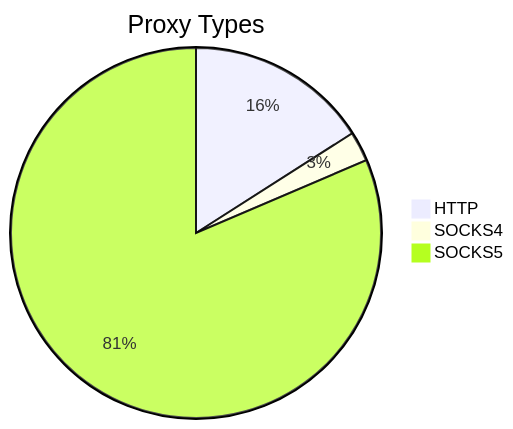
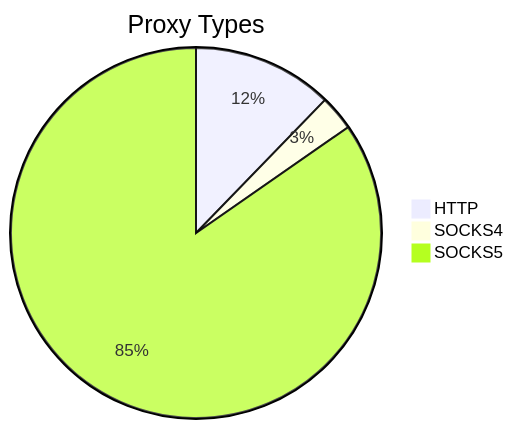
The first of 2 diagrams in README.md (stormsia/proxy-list), drawn with Mermaid before and after one commit. The commit also changed other lines of this file, not shown here.

````diff
--- a/README.md
+++ b/README.md
@@ -21,6 +21,6 @@
 ```mermaid
 pie title Proxy Types
-    "HTTP" : 98
-    "SOCKS4" : 16
-    "SOCKS5" : 500
+    "HTTP" : 267
+    "SOCKS4" : 67
+    "SOCKS5" : 1845
 ```
````
